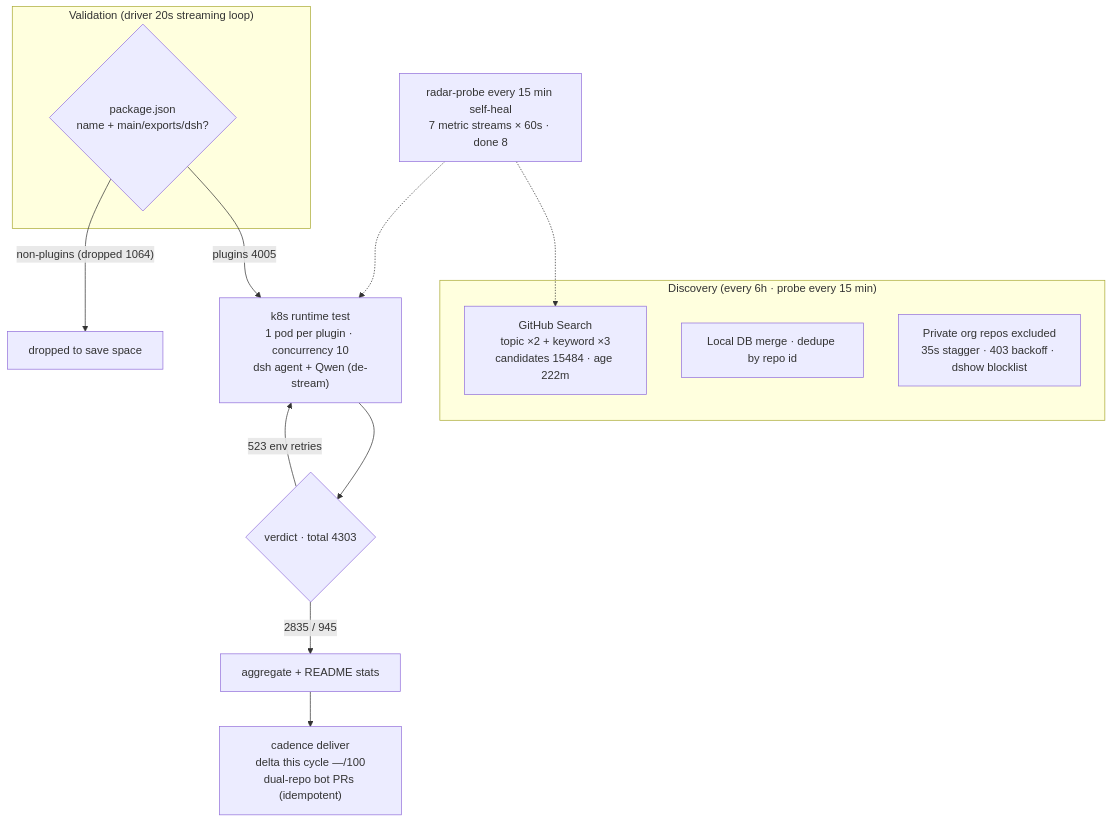
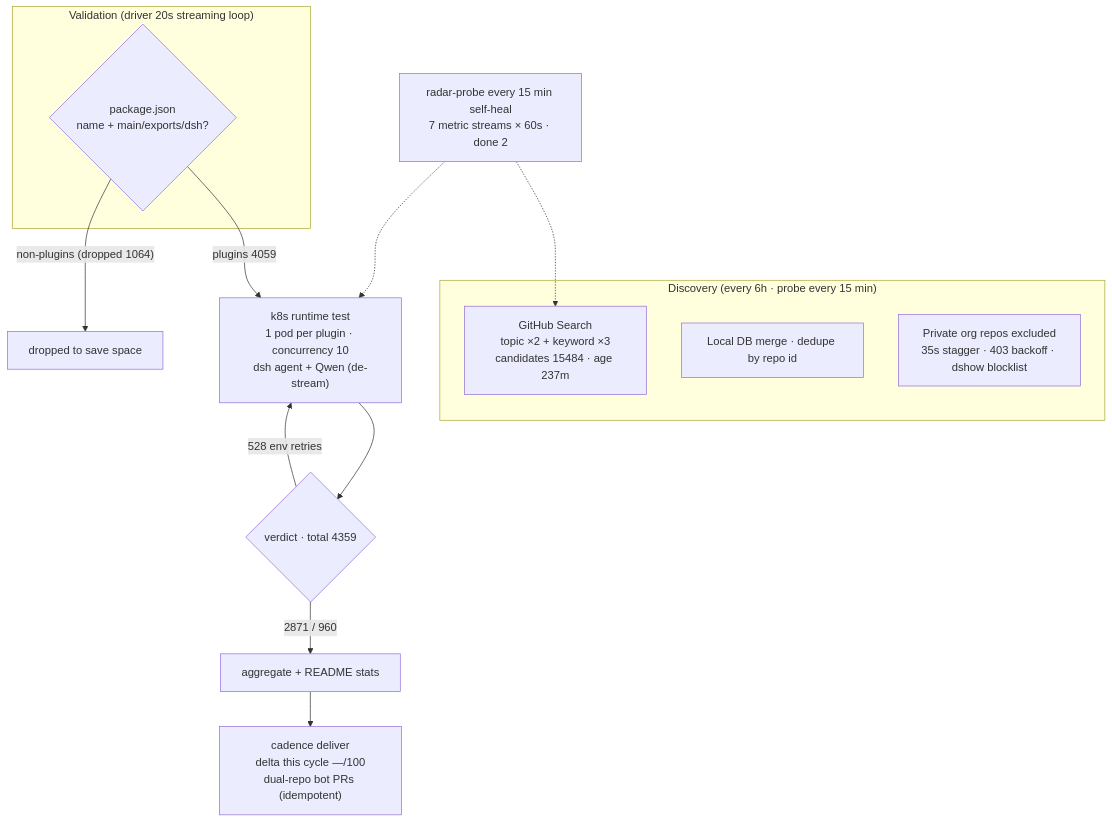
One commit to AdamPlatin123/awesome-dsh-plugins changed the diagram in README.en-US.md. Above: the diagram before and after it, drawn with Mermaid. The commit also changed other lines of this file and 5 other files, not shown here.

````diff
--- a/README.en-US.md
+++ b/README.en-US.md
@@ -30,20 +30,20 @@
 ```mermaid
 flowchart TB
     subgraph Discovery["Discovery (every 6h · probe every 15 min)"]
-        A1["GitHub Search<br/>topic ×2 + keyword ×3<br/>candidates 15484 · age 222m"]
+        A1["GitHub Search<br/>topic ×2 + keyword ×3<br/>candidates 15484 · age 237m"]
         A2["Local DB merge · dedupe by repo id"]
         A3["Private org repos excluded<br/>35s stagger · 403 backoff · dshow blocklist"]
     end
     subgraph Validation["Validation (driver 20s streaming loop)"]
         B1{"package.json<br/>name + main/exports/dsh?"}
     end
-    B1 -->|"plugins 4005"| C1["k8s runtime test<br/>1 pod per plugin · concurrency 10<br/>dsh agent + Qwen (de-stream)"]
+    B1 -->|"plugins 4059"| C1["k8s runtime test<br/>1 pod per plugin · concurrency 10<br/>dsh agent + Qwen (de-stream)"]
     B1 -->|"non-plugins (dropped 1064)"| B3["dropped to save space"]
-    C1 --> D1{"verdict · total 4303"}
-    D1 -->|"2835 / 945"| E1["aggregate + README stats"]
-    D1 -->|"523 env retries"| C1
+    C1 --> D1{"verdict · total 4359"}
+    D1 -->|"2871 / 960"| E1["aggregate + README stats"]
+    D1 -->|"528 env retries"| C1
     E1 --> E2["cadence deliver<br/>delta this cycle —/100<br/>dual-repo bot PRs (idempotent)"]
-    M["radar-probe every 15 min self-heal<br/>7 metric streams × 60s · done 8"]
+    M["radar-probe every 15 min self-heal<br/>7 metric streams × 60s · done 2"]
     M -.-> A1
     M -.-> C1
 ```
````
